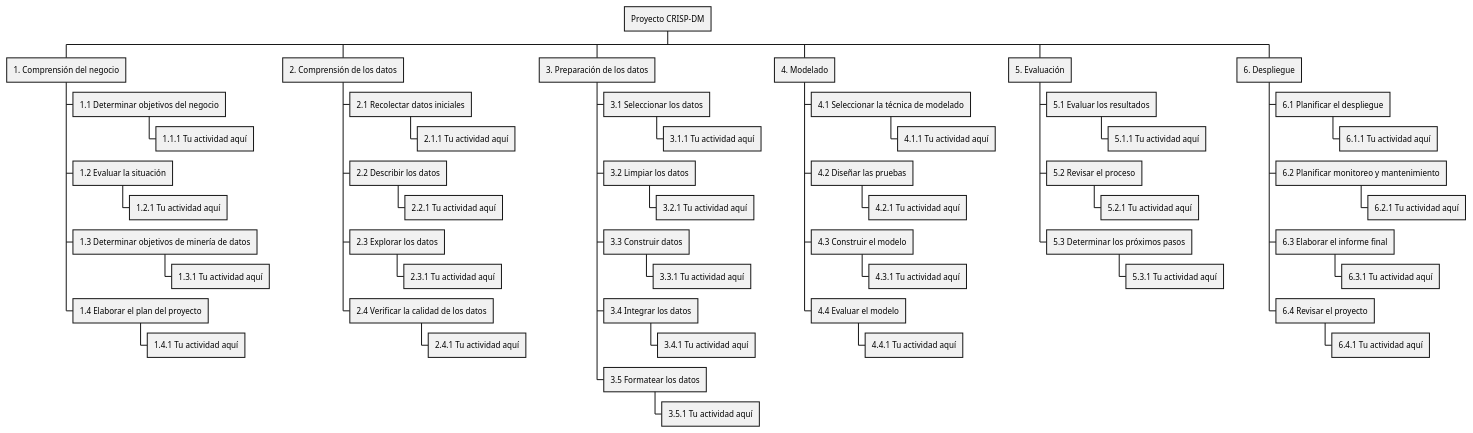
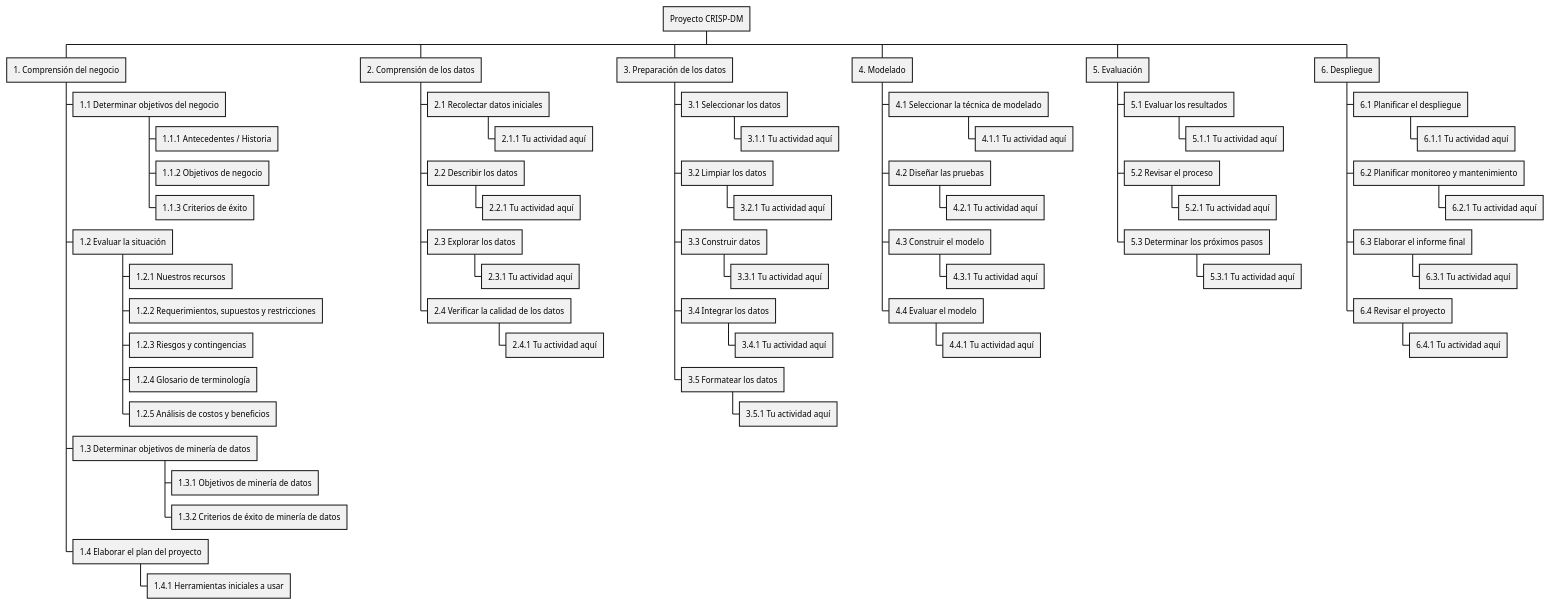
Before and after one commit to AIPorDefinir/ai-model-pordefinir: the diagram in crisp-dm-wbs.puml, drawn with PlantUML.

Commit message:
Se adapta el WBS en la etapa Business Understanding

```diff
--- a/crisp-dm-wbs.puml
+++ b/crisp-dm-wbs.puml
@@ -1,63 +1,70 @@
 @startwbs
 * Proyecto CRISP-DM
 
 ** 1. Comprensión del negocio
 *** 1.1 Determinar objetivos del negocio
-**** 1.1.1 Tu actividad aquí
+**** 1.1.1 Antecedentes / Historia
+**** 1.1.2 Objetivos de negocio
+**** 1.1.3 Criterios de éxito
 *** 1.2 Evaluar la situación
-**** 1.2.1 Tu actividad aquí
+**** 1.2.1 Nuestros recursos
+**** 1.2.2 Requerimientos, supuestos y restricciones
+**** 1.2.3 Riesgos y contingencias
+**** 1.2.4 Glosario de terminología
+**** 1.2.5 Análisis de costos y beneficios
 *** 1.3 Determinar objetivos de minería de datos
-**** 1.3.1 Tu actividad aquí
+**** 1.3.1 Objetivos de minería de datos
+**** 1.3.2 Criterios de éxito de minería de datos
 *** 1.4 Elaborar el plan del proyecto
-**** 1.4.1 Tu actividad aquí
+**** 1.4.1 Herramientas iniciales a usar
 
 ** 2. Comprensión de los datos
 *** 2.1 Recolectar datos iniciales
 **** 2.1.1 Tu actividad aquí
 *** 2.2 Describir los datos
 **** 2.2.1 Tu actividad aquí
 *** 2.3 Explorar los datos
 **** 2.3.1 Tu actividad aquí
 *** 2.4 Verificar la calidad de los datos
 **** 2.4.1 Tu actividad aquí
 
 ** 3. Preparación de los datos
 *** 3.1 Seleccionar los datos
 **** 3.1.1 Tu actividad aquí
 *** 3.2 Limpiar los datos
 **** 3.2.1 Tu actividad aquí
 *** 3.3 Construir datos
 **** 3.3.1 Tu actividad aquí
 *** 3.4 Integrar los datos
 **** 3.4.1 Tu actividad aquí
 *** 3.5 Formatear los datos
 **** 3.5.1 Tu actividad aquí
 
 ** 4. Modelado
 *** 4.1 Seleccionar la técnica de modelado
 **** 4.1.1 Tu actividad aquí
 *** 4.2 Diseñar las pruebas
 **** 4.2.1 Tu actividad aquí
 *** 4.3 Construir el modelo
 **** 4.3.1 Tu actividad aquí
 *** 4.4 Evaluar el modelo
 **** 4.4.1 Tu actividad aquí
 
 ** 5. Evaluación
 *** 5.1 Evaluar los resultados
 **** 5.1.1 Tu actividad aquí
 *** 5.2 Revisar el proceso
 **** 5.2.1 Tu actividad aquí
 *** 5.3 Determinar los próximos pasos
 **** 5.3.1 Tu actividad aquí
 
 ** 6. Despliegue
 *** 6.1 Planificar el despliegue
 **** 6.1.1 Tu actividad aquí
 *** 6.2 Planificar monitoreo y mantenimiento
 **** 6.2.1 Tu actividad aquí
 *** 6.3 Elaborar el informe final
 **** 6.3.1 Tu actividad aquí
 *** 6.4 Revisar el proyecto
 **** 6.4.1 Tu actividad aquí
 @endwbs
```
